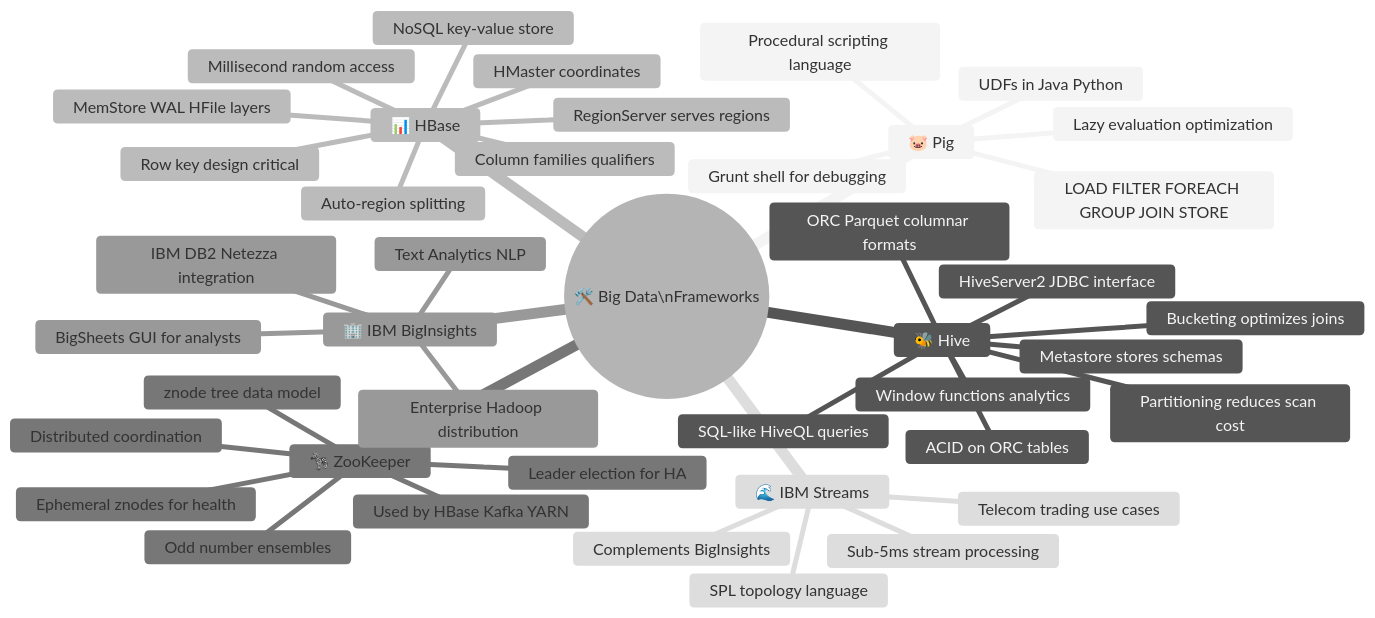
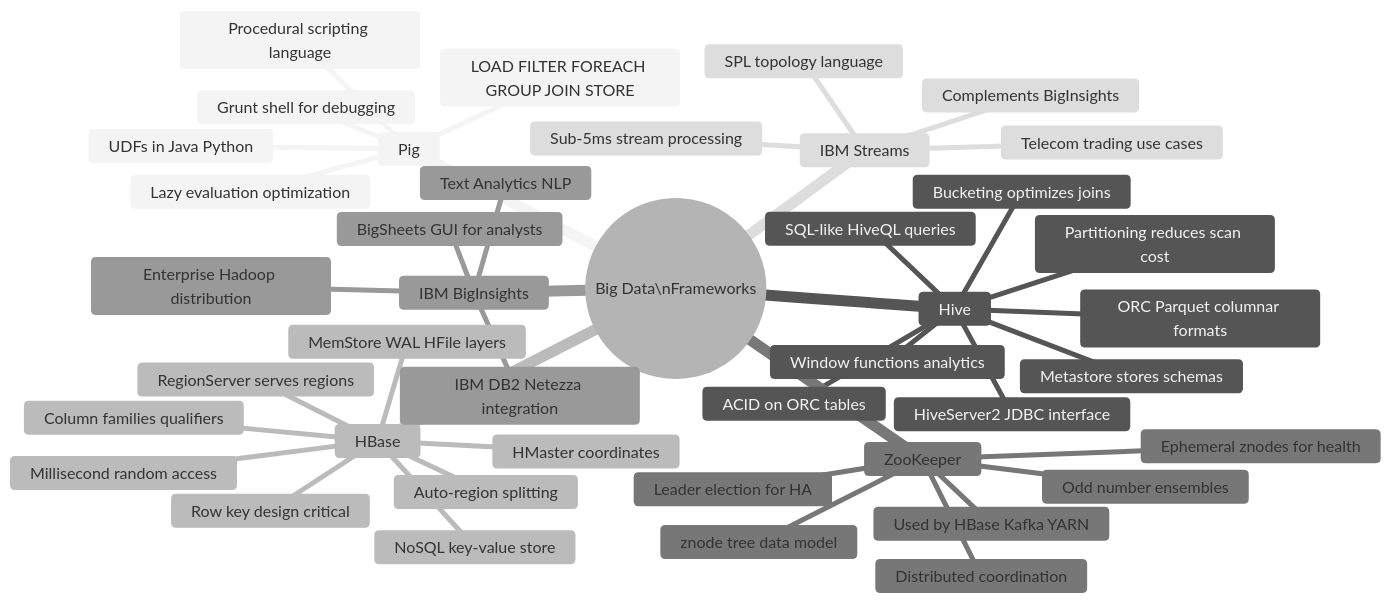
Before and after one commit to NK2552003/Big-Data-Survival-Guide: the sixth of 6 diagrams in UNITS/UNIT 4/unit-4-english-fun.md, drawn with Mermaid (neutral theme). The commit also changed other lines of this file and 78 other files, not shown here.

````diff
--- a/UNITS/UNIT 4/unit-4-english-fun.md
+++ b/UNITS/UNIT 4/unit-4-english-fun.md
@@ -1457,45 +1445,45 @@
 ```mermaid
 mindmap
-  root((🛠️ Big Data\nFrameworks))
-    🐷 Pig
+  root(( Big Data\nFrameworks))
+    Pig
       Procedural scripting language
       LOAD FILTER FOREACH GROUP JOIN STORE
       Lazy evaluation optimization
       Grunt shell for debugging
       UDFs in Java Python
-    🐝 Hive
+    Hive
       SQL-like HiveQL queries
       Metastore stores schemas
       HiveServer2 JDBC interface
       Partitioning reduces scan cost
       Bucketing optimizes joins
       ORC Parquet columnar formats
       Window functions analytics
       ACID on ORC tables
-    📊 HBase
+    HBase
       NoSQL key-value store
       Millisecond random access
       Row key design critical
       Column families qualifiers
       MemStore WAL HFile layers
       Auto-region splitting
       RegionServer serves regions
       HMaster coordinates
-    🦓 ZooKeeper
+    ZooKeeper
       Distributed coordination
       znode tree data model
       Ephemeral znodes for health
       Leader election for HA
       Odd number ensembles
       Used by HBase Kafka YARN
-    🏢 IBM BigInsights
+    IBM BigInsights
       Enterprise Hadoop distribution
       BigSheets GUI for analysts
       Text Analytics NLP
       IBM DB2 Netezza integration
-    🌊 IBM Streams
+    IBM Streams
       Sub-5ms stream processing
       SPL topology language
       Telecom trading use cases
       Complements BigInsights
 ```
````
